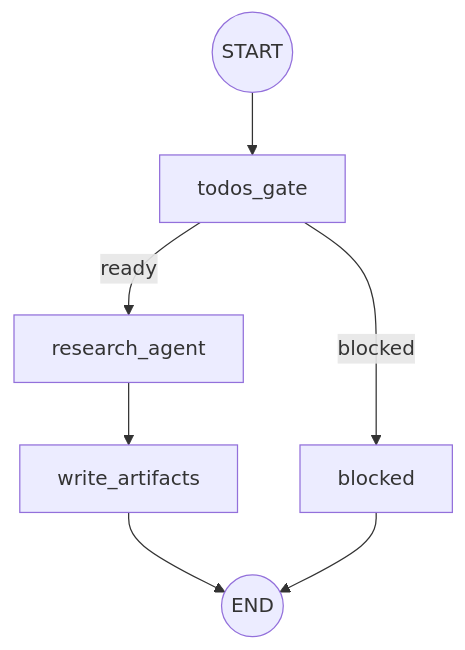
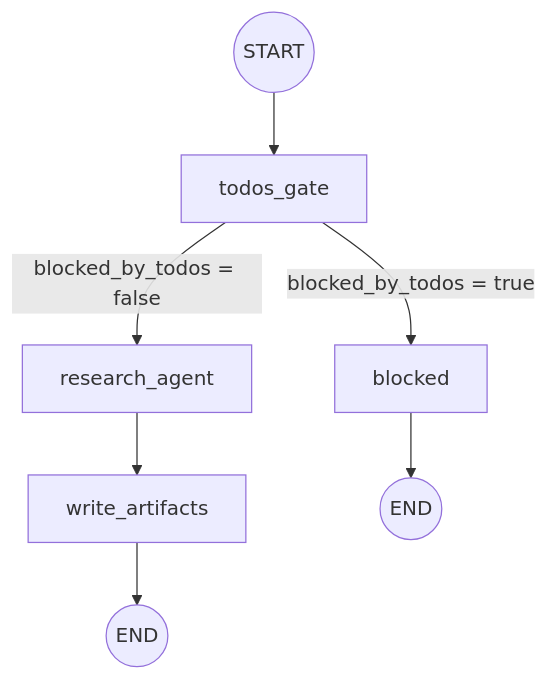
The second of 3 diagrams in src/docs/agents/research-subgraph.md (hoanhoang-agilityio/Assistant-Learning), drawn with Mermaid before and after one commit. The commit also changed other lines of this file and 1 other file, not shown here.

Commit message:
docs: document GoalSpec planning templates and local KB research flow

````diff
--- a/src/docs/agents/research-subgraph.md
+++ b/src/docs/agents/research-subgraph.md
@@ -34,9 +86,11 @@
 ```mermaid
 flowchart TD
     START((START)) --> todos_gate
-    todos_gate -->|blocked| blocked
-    todos_gate -->|ready| research_agent
+
+    todos_gate -->|"blocked_by_todos = true"| blocked
+    todos_gate -->|"blocked_by_todos = false"| research_agent
+
     research_agent --> write_artifacts
-    write_artifacts --> END((END))
-    blocked --> END
+    write_artifacts --> END1((END))
+    blocked --> END2((END))
 ```
````
